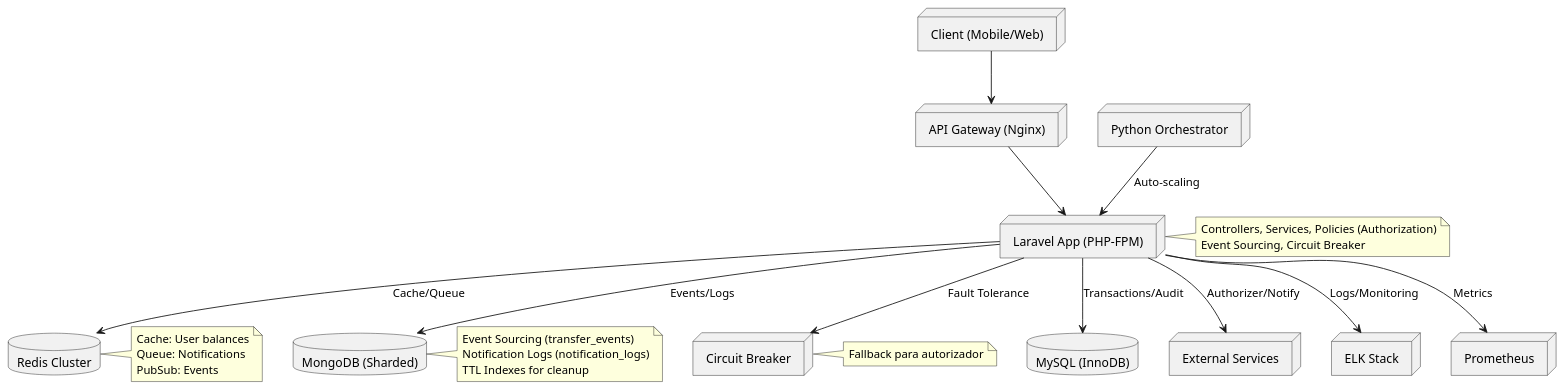
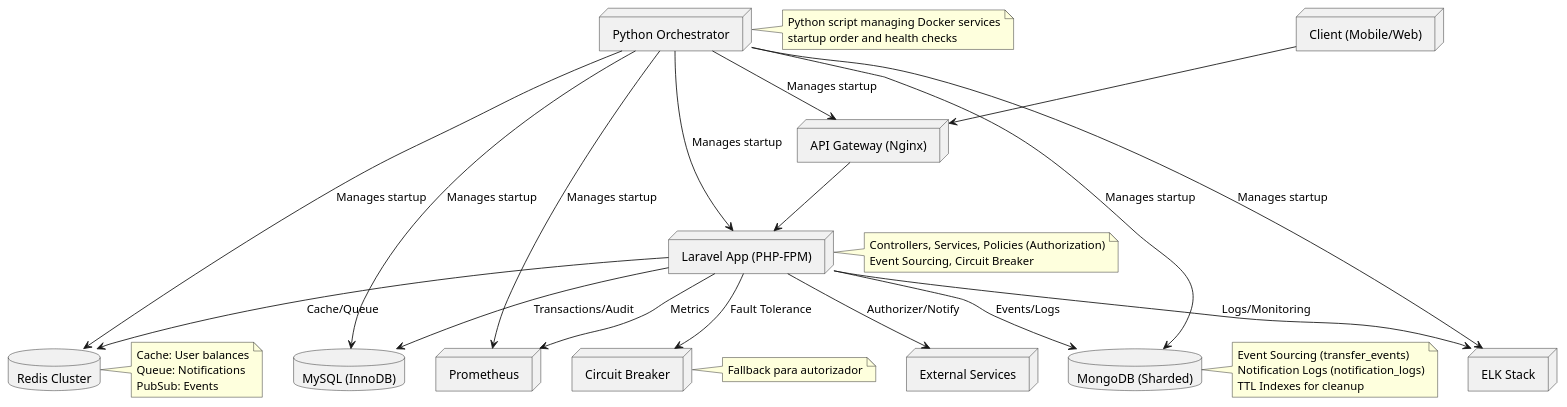
Before and after one commit to LuizEscobarC/simplified-payment-api: the diagram in doc/architecture_diagram.puml, drawn with PlantUML. The commit also changed 1 other file, not shown here.

Commit message:
:memo: docs: update architecture and database diagrams with orchestrator connections and entity fixes

```diff
--- a/doc/architecture_diagram.puml
+++ b/doc/architecture_diagram.puml
@@ -1,27 +1,34 @@
 @startuml Architecture Diagram
 node "Client (Mobile/Web)" as Client
 node "API Gateway (Nginx)" as Gateway
 node "Laravel App (PHP-FPM)" as App
 note right of App : Controllers, Services, Policies (Authorization)\nEvent Sourcing, Circuit Breaker
 database "MySQL (InnoDB)" as MySQL
 database "MongoDB (Sharded)" as Mongo
 database "Redis Cluster" as Redis
 node "External Services" as External
 node "Circuit Breaker" as CB
 node "ELK Stack" as ELK
 node "Prometheus" as Prom
 node "Python Orchestrator" as Orchestrator
 Client --> Gateway
 Gateway --> App
 App --> MySQL : Transactions/Audit
 App --> Mongo : Events/Logs
 App --> Redis : Cache/Queue
 App --> External : Authorizer/Notify
 App --> CB : Fault Tolerance
 App --> ELK : Logs/Monitoring
 App --> Prom : Metrics
-Orchestrator --> App : Auto-scaling
+Orchestrator --> Gateway : Manages startup
+Orchestrator --> App : Manages startup
+Orchestrator --> MySQL : Manages startup
+Orchestrator --> Mongo : Manages startup
+Orchestrator --> Redis : Manages startup
+Orchestrator --> ELK : Manages startup
+Orchestrator --> Prom : Manages startup
 note right of Redis : Cache: User balances\nQueue: Notifications\nPubSub: Events
 note right of Mongo : Event Sourcing (transfer_events)\nNotification Logs (notification_logs)\nTTL Indexes for cleanup
 note right of CB : Fallback para autorizador
+note right of Orchestrator : Python script managing Docker services\nstartup order and health checks
 @enduml
```
